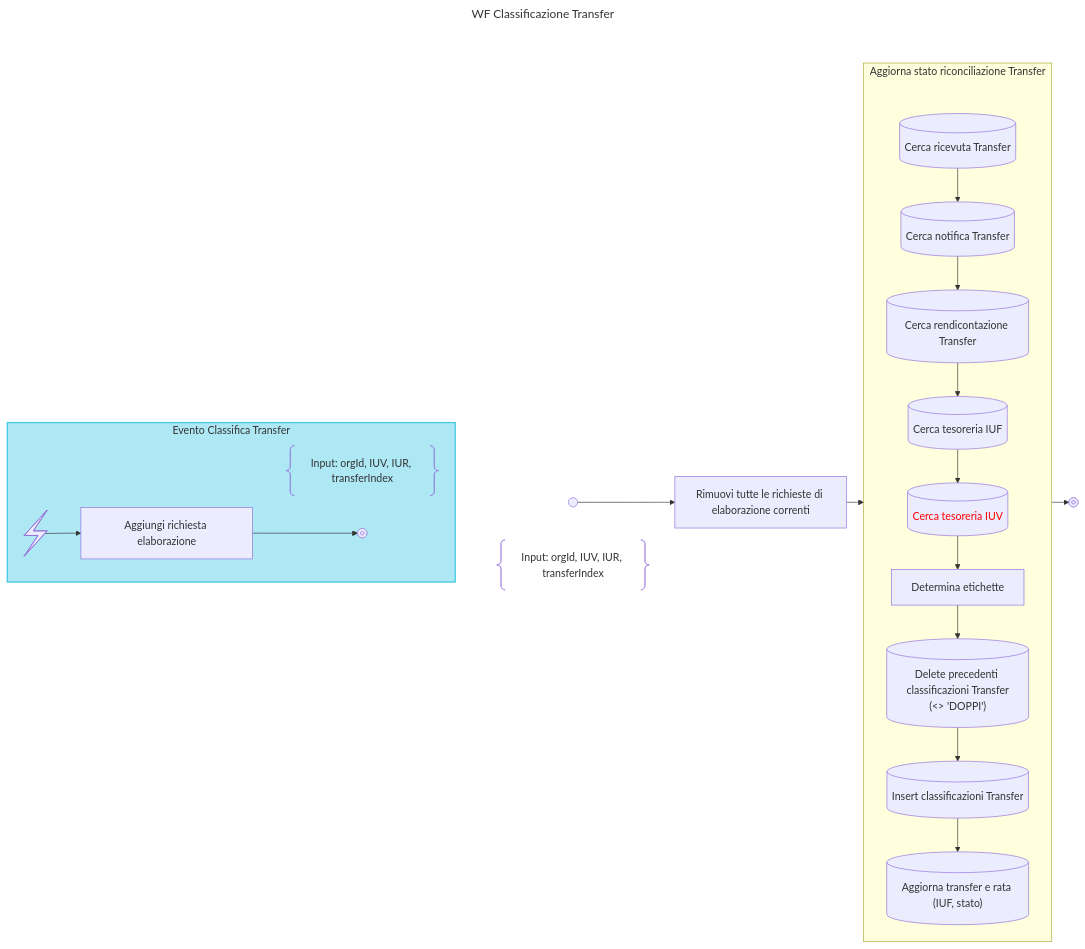
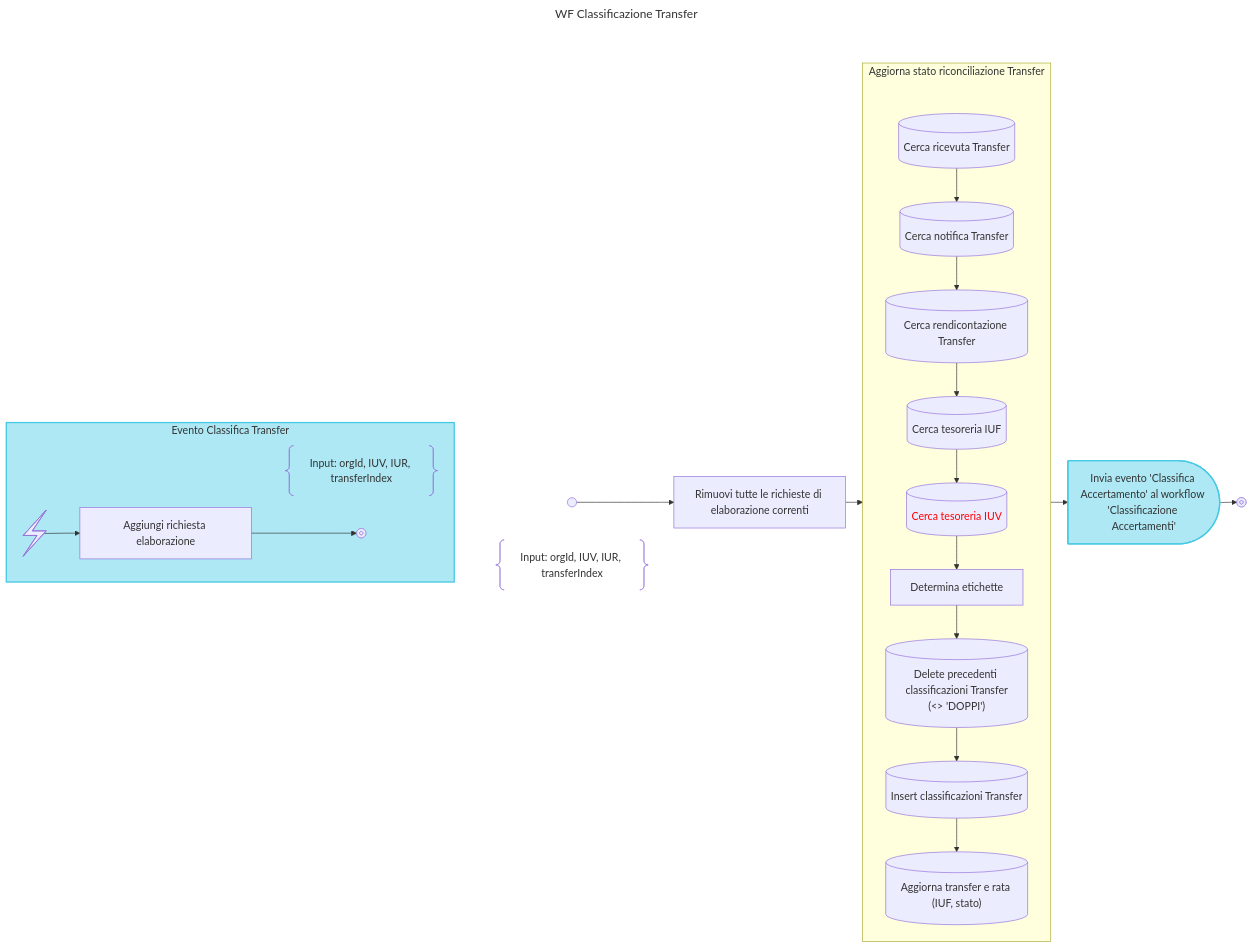
Before and after one commit to pagopa/p4pa-doc: the diagram in design/workflow/classificazioneIncassi/06.classificazioneTransfer.mmd, drawn with Mermaid. The commit also changed 5 other files, not shown here.

```diff
--- a/design/workflow/classificazioneIncassi/06.classificazioneTransfer.mmd
+++ b/design/workflow/classificazioneIncassi/06.classificazioneTransfer.mmd
@@ -1,60 +1,63 @@
 ---
+config:
+  flowchart:
+    rankSpacing: 1
+  theme: default
+  look: classic
 title: WF Classificazione Transfer
-config:
-    flowchart:
-        rankSpacing: 1
 ---
 flowchart TD
     subgraph WF_BLOCK
         subgraph NOTE_START_BLOCK
             DESCRIPTION@{ shape: braces, label: "Input: orgId, IUV, IUR, transferIndex" }
             START@{shape: start}
         end
         class NOTE_START_BLOCK hidden
 
         START -->
         REMOVE_ELAB_REQUESTS["Rimuovi tutte le richieste di elaborazione correnti"] -->
         CLASSIFY_IUV
 
         subgraph CLASSIFY_IUV["Aggiorna stato riconciliazione Transfer"]
         direction TB
             DUMMY:::hidden --> FIND_RT
             linkStyle 2 display:none
 
             FIND_RT@{shape: database, label: "Cerca ricevuta Transfer"} -->
             FIND_RT_NOTIFIED@{shape: database, label: "Cerca notifica Transfer"} -->
             FIND_REND@{shape: database, label: "Cerca rendicontazione Transfer"} -->
             FIND_TES_IUF@{shape: database, label: "Cerca tesoreria IUF"} -->
             FIND_TES_IUV@{shape: database, label: "Cerca tesoreria IUV"} -->
             CLASSIFY["Determina etichette"] -->
             DELETE_PREVIOUS@{shape: database, label: "Delete precedenti classificazioni Transfer<BR />(<> 'DOPPI')"} -->
             INSERT_NEW@{shape: database, label: "Insert classificazioni Transfer"} -->
             UPDATE_IUV@{shape: database, label: "Aggiorna transfer e rata (IUF, stato)"}
 
             style FIND_TES_IUV color:red;
         end
-
-       CLASSIFY_IUV --> END@{shape: stop}
+       CLASSIFY_IUV -->
+       SIGNAL_ASSESSMENT:::send-signal@{shape: delay, label: "Invia evento 'Classifica Accertamento' al workflow 'Classificazione Accertamenti'"} -->
+       END@{shape: stop}
     end
-
     class WF_BLOCK hidden
 
     subgraph SIGNALS_BLOCK
     direction LR
-
         subgraph SIGNAL_IUV_BLOCK["Evento Classifica Transfer"]
         direction LR
             DESCRIPTION_SIGNAL_IUV@{ shape: braces, label: "Input: orgId, IUV, IUR, transferIndex" }
+
             SIGNAL_IUV@{ shape: bolt } -->
             ADD_SIGNAL_IUV["Aggiungi richiesta elaborazione"] -->
             SIGNAL_IUV_END@{ shape: "stop" }
         end
         class SIGNAL_IUV_BLOCK signal_block
     end
     class SIGNALS_BLOCK hidden
 
     classDef note_block display:none;
     classDef hidden display:none;
     classDef activity fill:#FFFFE0, stroke:#ffc300, stroke-width:2px;
     classDef loop fill:#CCFFCC, stroke:#7FBF7F, stroke-width:2px, padding-bottom: 5px;
     classDef signal_block fill:#ade8f4, stroke:#48cae4, stroke-width:2px
+    classDef send-signal fill:#ade8f4, stroke:#48cae4, stroke-width:2px
```
